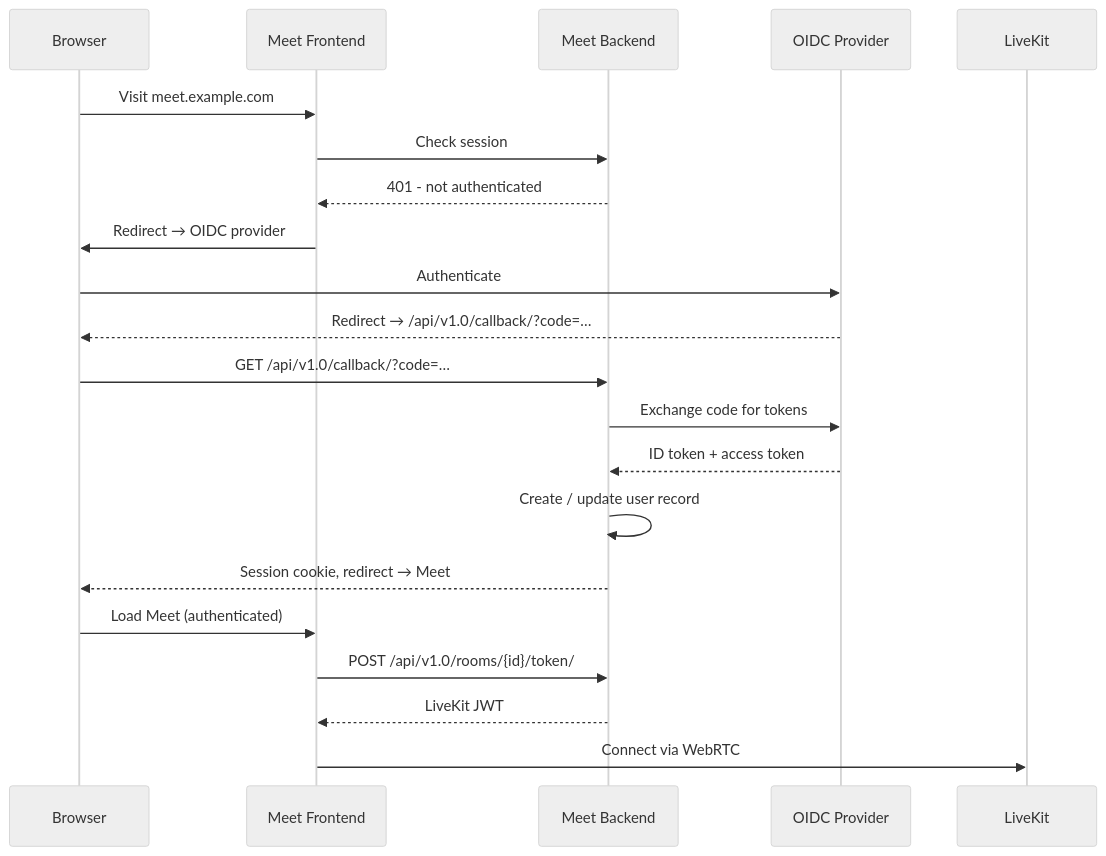
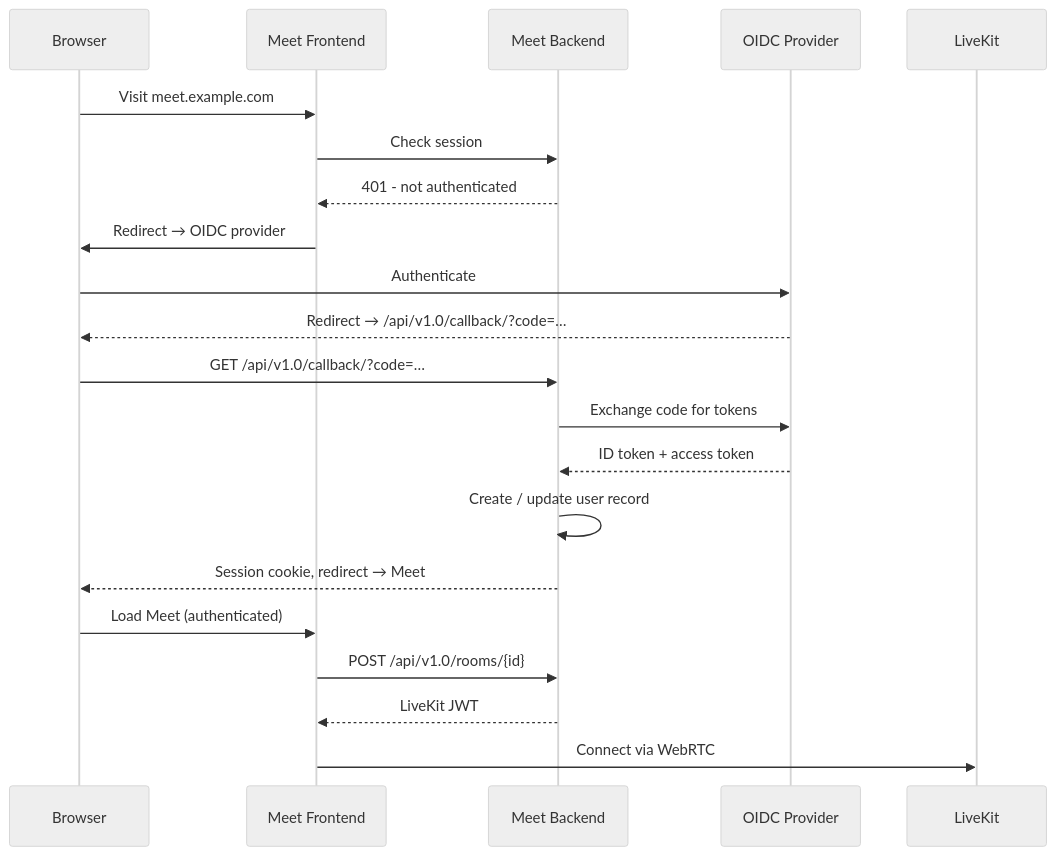
One commit to suitenumerique/meet changed the second of 3 diagrams in docs/overview/architecture.md. Above: the diagram before and after it, drawn with Mermaid (neutral theme).

Commit message:
📝(doc) fix endpoint

````diff
--- a/docs/overview/architecture.md
+++ b/docs/overview/architecture.md
@@ -97,24 +97,24 @@
 ```mermaid
 sequenceDiagram
     participant B as Browser
     participant F as Meet Frontend
     participant BE as Meet Backend
     participant KC as OIDC Provider
     participant LK as LiveKit
 
     B->>F: Visit meet.example.com
     F->>BE: Check session
     BE-->>F: 401 - not authenticated
     F->>B: Redirect → OIDC provider
     B->>KC: Authenticate
     KC-->>B: Redirect → /api/v1.0/callback/?code=…
     B->>BE: GET /api/v1.0/callback/?code=…
     BE->>KC: Exchange code for tokens
     KC-->>BE: ID token + access token
     BE->>BE: Create / update user record
     BE-->>B: Session cookie, redirect → Meet
     B->>F: Load Meet (authenticated)
-    F->>BE: POST /api/v1.0/rooms/{id}/token/
+    F->>BE: POST /api/v1.0/rooms/{id}
     BE-->>F: LiveKit JWT
     F->>LK: Connect via WebRTC
 ```
````
